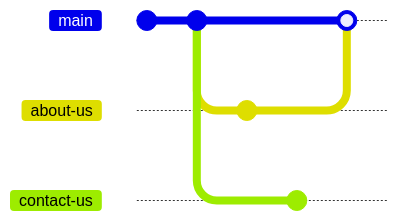
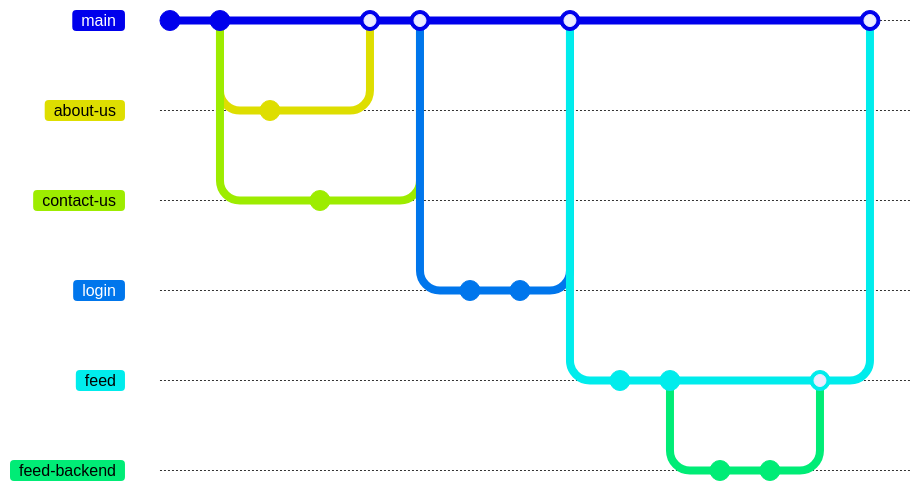
The diagram in README.md (BZR4/tcc-git-scm), drawn with Mermaid before and after one commit. Commit ids are hidden.

Commit message:
Conclusao GitGraph

````diff
--- a/README.md
+++ b/README.md
@@ -15,12 +15,29 @@
 ```mermaid
 gitGraph
     commit id: "Inclusão de README"
     commit id: "Página inicial"
     branch about-us
         commit id: "About"
     checkout main
     branch contact-us
     commit id: "Contact Form"
     checkout main
     merge about-us
+    checkout main
+    merge contact-us
+    branch login
+    commit
+    commit
+    checkout main
+    merge login
+    branch feed
+    commit
+    commit
+    branch feed-backend
+    commit
+    commit
+    checkout feed
+    merge feed-backend
+    checkout main
+    merge feed
 ```
````
